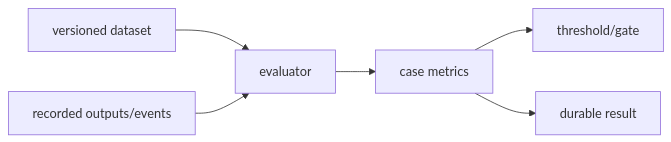
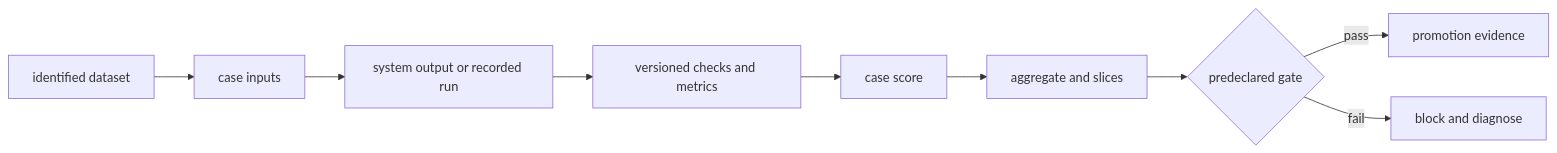
One commit to levalencia/archon changed the first of 2 diagrams in docs/course/concepts/evaluation-harness.md. Above: the diagram before and after it, drawn with Mermaid. The commit also changed other lines of this file and 5 other files, not shown here.

````diff
--- a/docs/course/concepts/evaluation-harness.md
+++ b/docs/course/concepts/evaluation-harness.md
@@ -13,8 +16,11 @@
 ```mermaid
 flowchart LR
-  D[versioned dataset] --> E[evaluator]
-  O[recorded outputs/events] --> E
-  E --> M[case metrics]
-  M --> G[threshold/gate]
-  M --> P[durable result]
+  D[identified dataset] --> I[case inputs]
+  I --> S[system output or recorded run]
+  S --> E[versioned checks and metrics]
+  E --> C[case score]
+  C --> A[aggregate and slices]
+  A --> G{predeclared gate}
+  G -->|pass| P[promotion evidence]
+  G -->|fail| B[block and diagnose]
 ```
````
